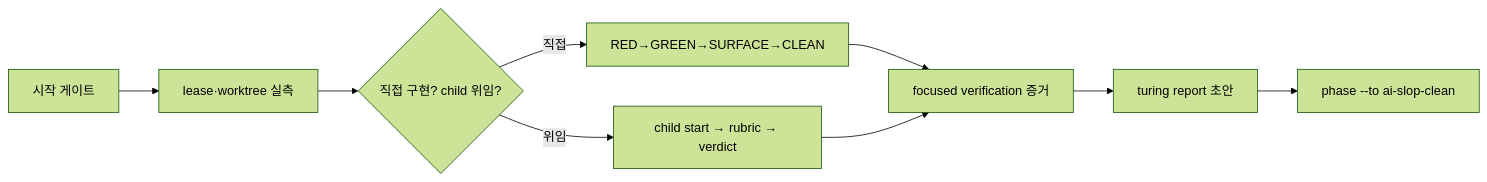
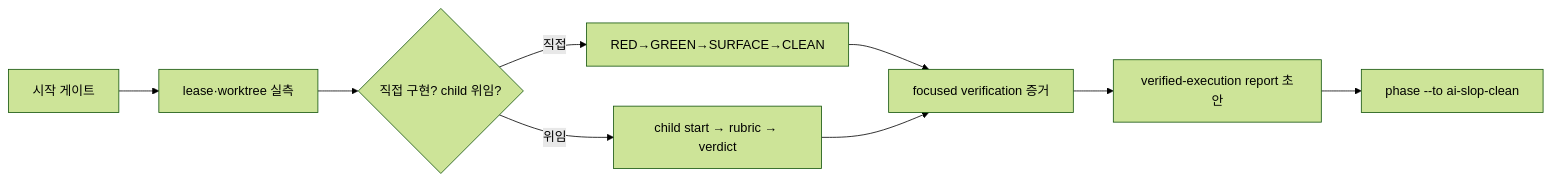
The diagram in skills/issueops-implement/SKILL.md (m16khb-org/agent-harness), drawn with Mermaid (forest theme) before and after one commit. The commit also changed other lines of this file and 3559 other files, not shown here.

````diff
--- a/skills/issueops-implement/SKILL.md
+++ b/skills/issueops-implement/SKILL.md
@@ -22,11 +22,11 @@
 ```mermaid
 flowchart LR
   a["시작 게이트"] --> b["lease·worktree 실측"]
   b --> c{"직접 구현? child 위임?"}
   c -->|직접| d["RED→GREEN→SURFACE→CLEAN"]
   c -->|위임| e["child start → rubric → verdict"]
   d --> f["focused verification 증거"]
   e --> f
-  f --> g["turing report 초안"]
+  f --> g["verified-execution report 초안"]
   g --> h["phase --to ai-slop-clean"]
 ```
````
